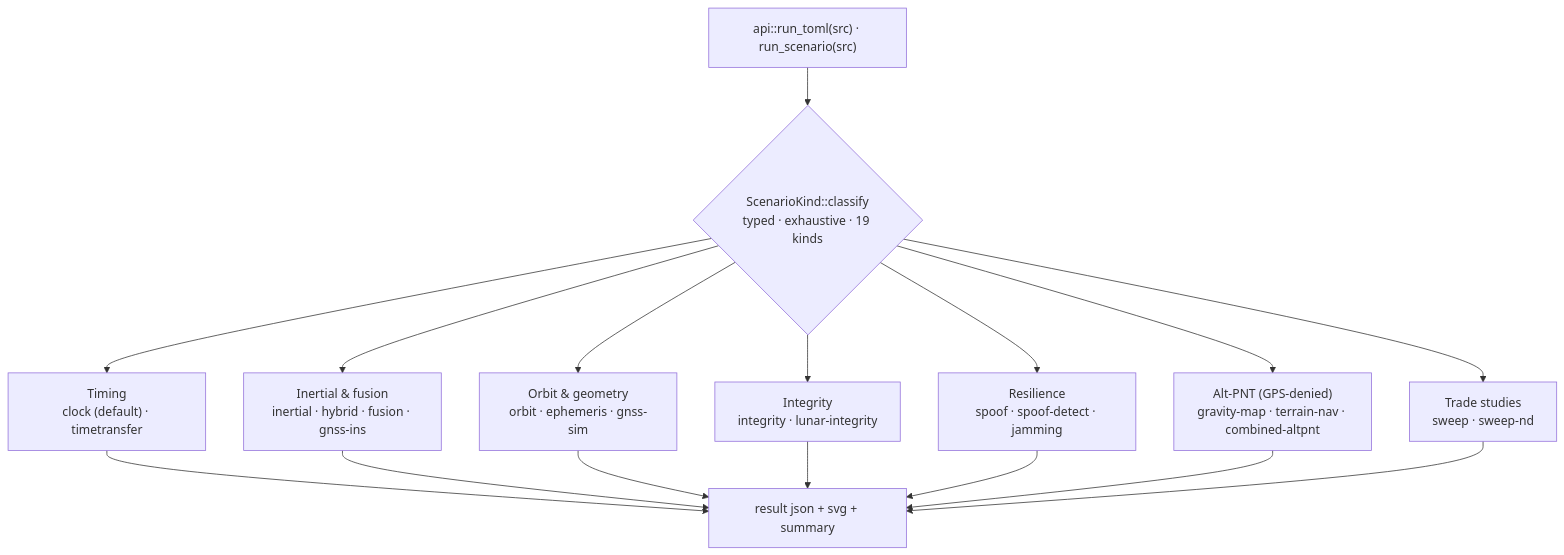
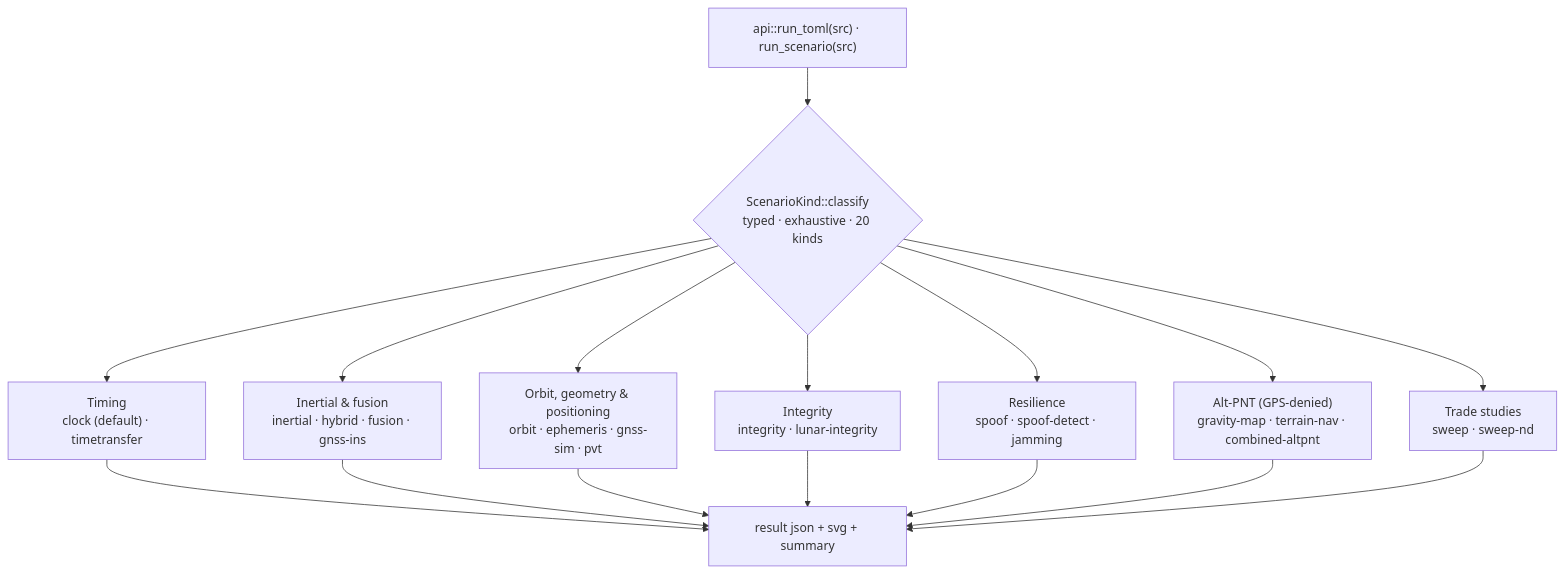
Before and after one commit to ashfordeOU/kshana: the fifth of 7 diagrams in docs/ARCHITECTURE.md, drawn with Mermaid. The commit also changed 4 other files, not shown here.

````diff
--- a/docs/ARCHITECTURE.md
+++ b/docs/ARCHITECTURE.md
@@ -247,18 +247,18 @@
 ```mermaid
 flowchart TD
-    F["api::run_toml(src) · run_scenario(src)"] --> K{"ScenarioKind::classify<br/>typed · exhaustive · 19 kinds"}
+    F["api::run_toml(src) · run_scenario(src)"] --> K{"ScenarioKind::classify<br/>typed · exhaustive · 20 kinds"}
     K --> G1["Timing<br/>clock (default) · timetransfer"]
     K --> G2["Inertial & fusion<br/>inertial · hybrid · fusion · gnss-ins"]
-    K --> G3["Orbit & geometry<br/>orbit · ephemeris · gnss-sim"]
+    K --> G3["Orbit, geometry & positioning<br/>orbit · ephemeris · gnss-sim · pvt"]
     K --> G4["Integrity<br/>integrity · lunar-integrity"]
     K --> G5["Resilience<br/>spoof · spoof-detect · jamming"]
     K --> G6["Alt-PNT (GPS-denied)<br/>gravity-map · terrain-nav · combined-altpnt"]
     K --> G7["Trade studies<br/>sweep · sweep-nd"]
     G1 --> W["result json + svg + summary"]
     G2 --> W
     G3 --> W
     G4 --> W
     G5 --> W
     G6 --> W
     G7 --> W
 ```
````
